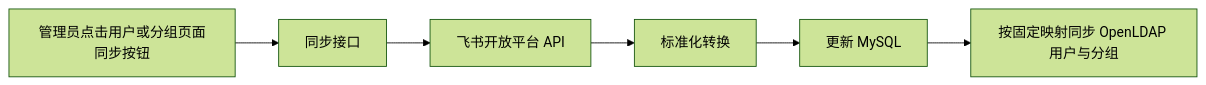
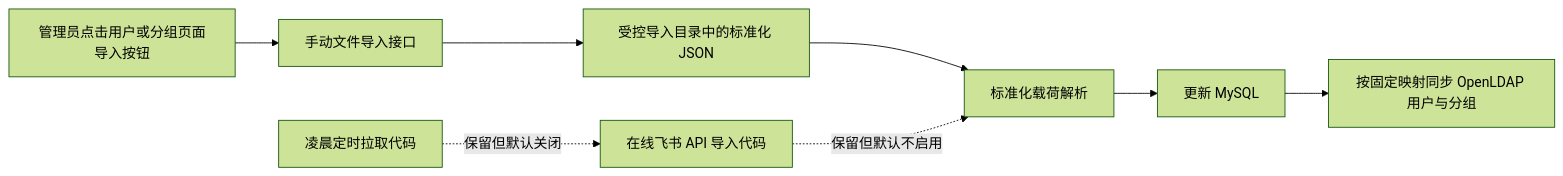
One commit to BR184/LDAP changed the fifth of 5 diagrams in docs/project-design.md. Above: the diagram before and after it, drawn with Mermaid (forest theme). The commit also changed other lines of this file and 38 other files, not shown here.

Commit message:
新增飞书用户与部门 JSON 文件手动导入功能，完成配置、解析器、API 接口开发及权限数据库升级，补充单元与集成测试

````diff
--- a/docs/project-design.md
+++ b/docs/project-design.md
@@ -895,8 +900,10 @@
 ```mermaid
 flowchart LR
-    A[管理员点击用户或分组页面同步按钮] --> B[同步接口]
-    B --> C[飞书开放平台 API]
-    C --> D[标准化转换]
+    A[管理员点击用户或分组页面导入按钮] --> B[手动文件导入接口]
+    B --> C[受控导入目录中的标准化 JSON]
+    C --> D[标准化载荷解析]
     D --> E[更新 MySQL]
     E --> F[按固定映射同步 OpenLDAP 用户与分组]
+    G[在线飞书 API 导入代码] -.保留但默认不启用.-> D
+    H[凌晨定时拉取代码] -.保留但默认关闭.-> G
 ```
````
